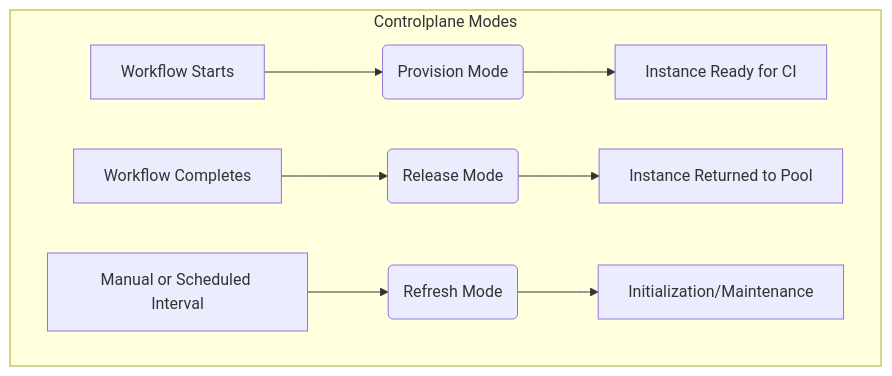
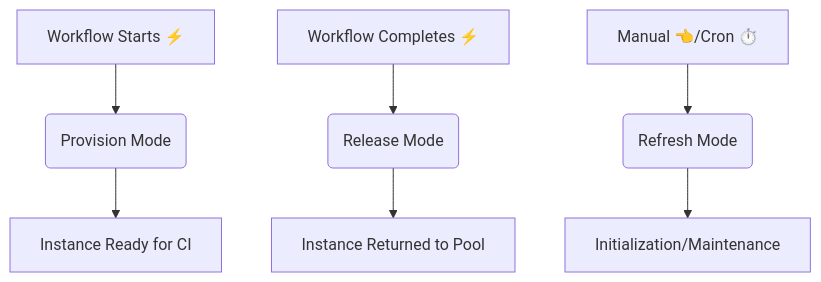
The first of 5 diagrams in docs/architecture/overview.md (fleet-actions/ec2-runner-pool-manager), drawn with Mermaid before and after one commit. The commit also changed other lines of this file and 1 other file, not shown here.

Commit message:
docs: refine architecture overview and provision docs

````diff
--- a/docs/architecture/overview.md
+++ b/docs/architecture/overview.md
@@ -24,14 +29,11 @@
-```mermaid
-graph TD
-  subgraph Controlplane Modes
-      A[Workflow Starts] --> B(Provision Mode);
-      B --> C[Instance Ready for CI];
+    ```mermaid
+    graph TD
+        A[Workflow Starts ⚡️] --> B(Provision Mode);
+        B --> C[Instance Ready for CI];
 
-      D[Workflow Completes] --> E(Release Mode);
-      E --> F[Instance Returned to Pool];
+        D[Workflow Completes ⚡️] --> E(Release Mode);
+        E --> F[Instance Returned to Pool];
 
-      G[Manual or Scheduled Interval] --> H(Refresh Mode);
-      H --> I[Initialization/Maintenance];
-  end
-
-```
+        G[Manual 👈/Cron ⏱️] --> H(Refresh Mode);
+        H --> I[Initialization/Maintenance];
+    ```
````
